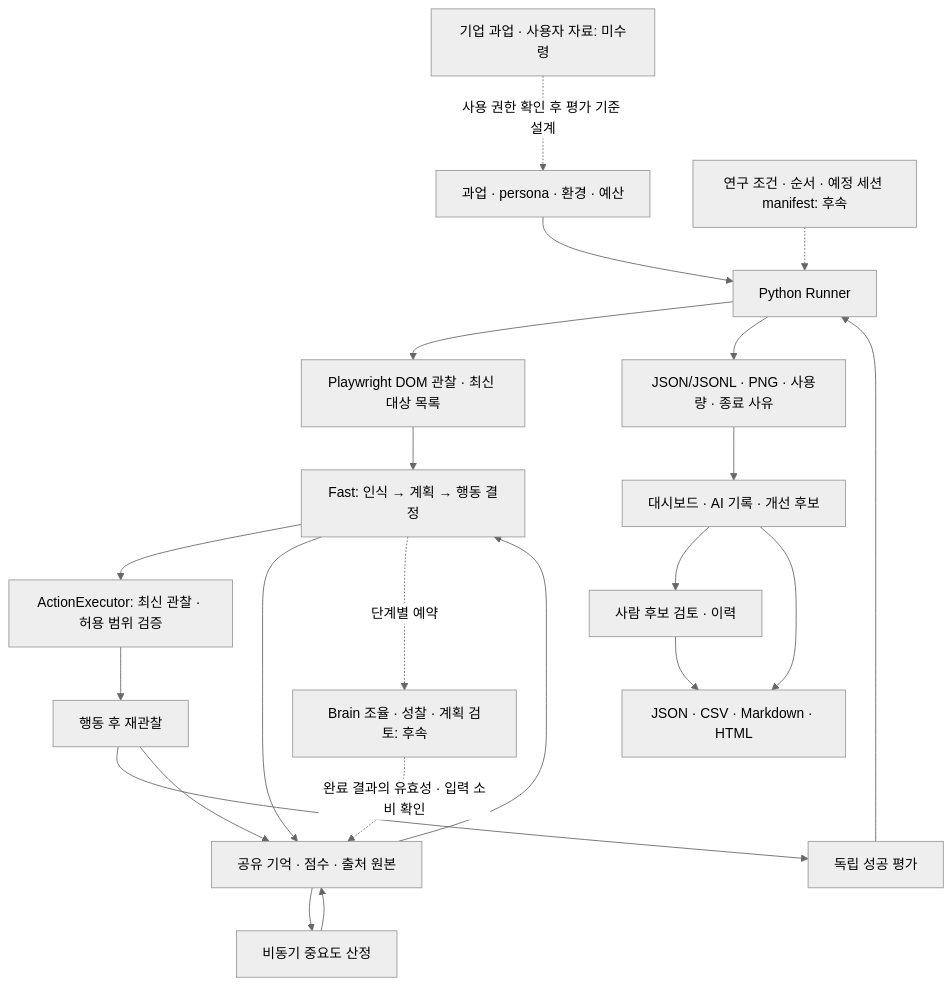
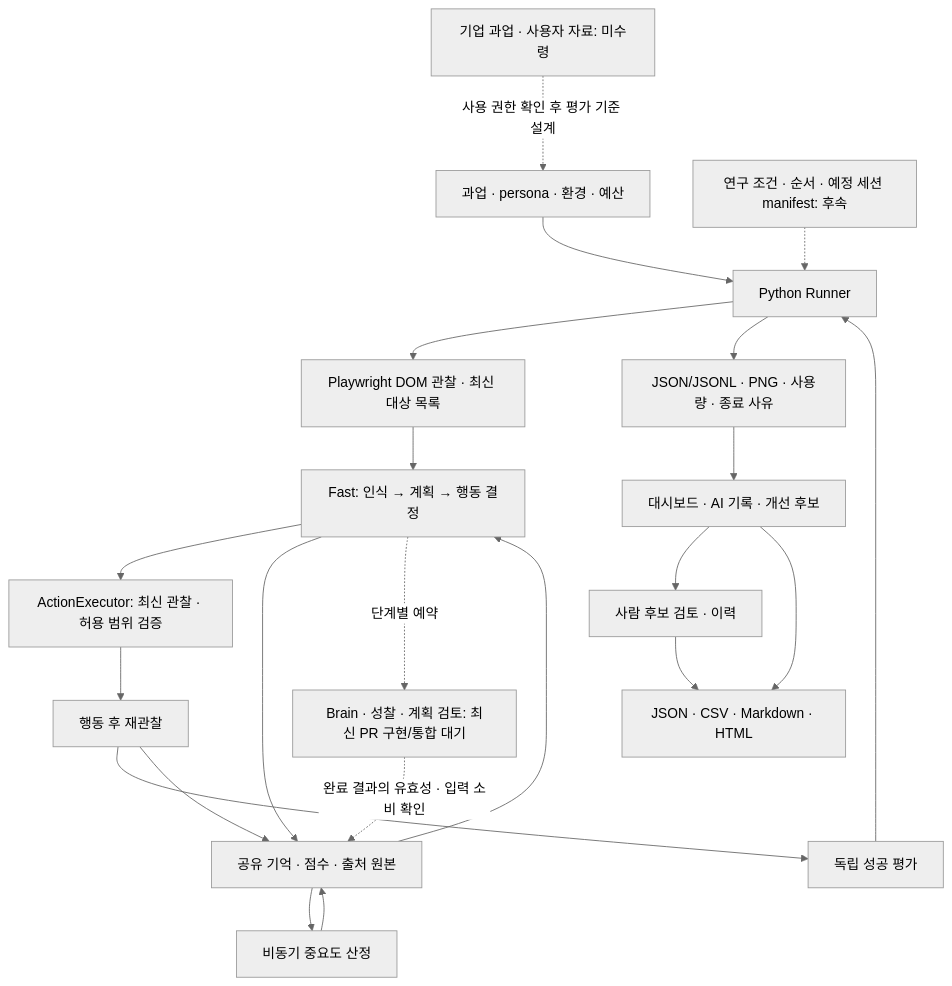
One commit to 2026-2-1/Persona changed the diagram in docs/research/2026-10-15-project-submission-draft.md. Above: the diagram before and after it, drawn with Mermaid (neutral theme). The commit also changed other lines of this file and 12 other files, not shown here.

````diff
--- a/docs/research/2026-10-15-project-submission-draft.md
+++ b/docs/research/2026-10-15-project-submission-draft.md
@@ -52,24 +52,24 @@
 ```mermaid
 flowchart TD
     Input[과업 · persona · 환경 · 예산] --> Runner[Python Runner]
     Runner --> Observe[Playwright DOM 관찰 · 최신 대상 목록]
     Observe --> Fast[Fast: 인식 → 계획 → 행동 결정]
     Memory[공유 기억 · 점수 · 출처 원본] --> Fast
     Fast --> Execute[ActionExecutor: 최신 관찰 · 허용 범위 검증]
     Execute --> After[행동 후 재관찰]
     After --> Eval[독립 성공 평가]
     Eval --> Runner
     Fast --> Memory
     After --> Memory
     Memory --> Score[비동기 중요도 산정]
     Score --> Memory
-    Fast -. 단계별 예약 .-> Brain[Brain 조율 · 성찰 · 계획 검토: 후속]
+    Fast -. 단계별 예약 .-> Brain[Brain · 성찰 · 계획 검토: 최신 PR 구현/통합 대기]
     Brain -. 완료 결과의 유효성 · 입력 소비 확인 .-> Memory
     Runner --> Logs[JSON/JSONL · PNG · 사용량 · 종료 사유]
     Logs --> Dashboard[대시보드 · AI 기록 · 개선 후보]
     Dashboard --> Human[사람 후보 검토 · 이력]
     Dashboard --> Export[JSON · CSV · Markdown · HTML]
     Human --> Export
     Manifest[연구 조건 · 순서 · 예정 세션 manifest: 후속] -.-> Runner
     Enterprise[기업 과업 · 사용자 자료: 미수령] -. 사용 권한 확인 후 평가 기준 설계 .-> Input
 ```
````
